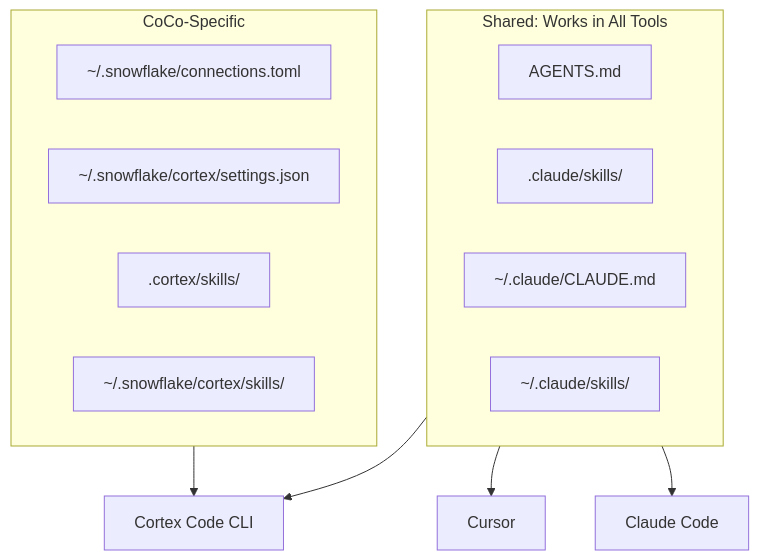
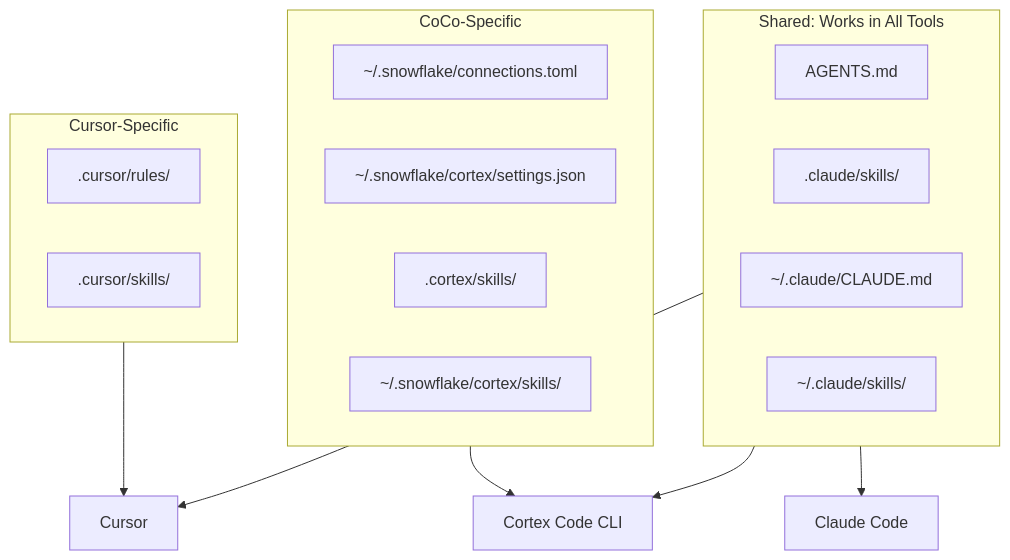
One commit to sfc-gh-miwhitaker/sfe-public changed the third of 3 diagrams in guide-coco-setup/diagrams/guidance-hierarchy.md. Above: the diagram before and after it, drawn with Mermaid. The commit also changed other lines of this file and 10 other files, not shown here.

````diff
--- a/guide-coco-setup/diagrams/guidance-hierarchy.md
+++ b/guide-coco-setup/diagrams/guidance-hierarchy.md
@@ -74,22 +75,28 @@
 ```mermaid
 flowchart TB
     subgraph shared ["Shared: Works in All Tools"]
         S1["AGENTS.md"]
         S2[".claude/skills/"]
         S3["~/.claude/CLAUDE.md"]
         S4["~/.claude/skills/"]
     end
 
     subgraph cocoOnly ["CoCo-Specific"]
         C1["~/.snowflake/connections.toml"]
         C2["~/.snowflake/cortex/settings.json"]
         C3[".cortex/skills/"]
         C4["~/.snowflake/cortex/skills/"]
     end
 
+    subgraph cursorOnly ["Cursor-Specific"]
+        CR1[".cursor/rules/"]
+        CR2[".cursor/skills/"]
+    end
+
     shared --> CoCo["Cortex Code CLI"]
     shared --> Cursor["Cursor"]
     shared --> ClaudeCode["Claude Code"]
 
     cocoOnly --> CoCo
+    cursorOnly --> Cursor
 ```
````
